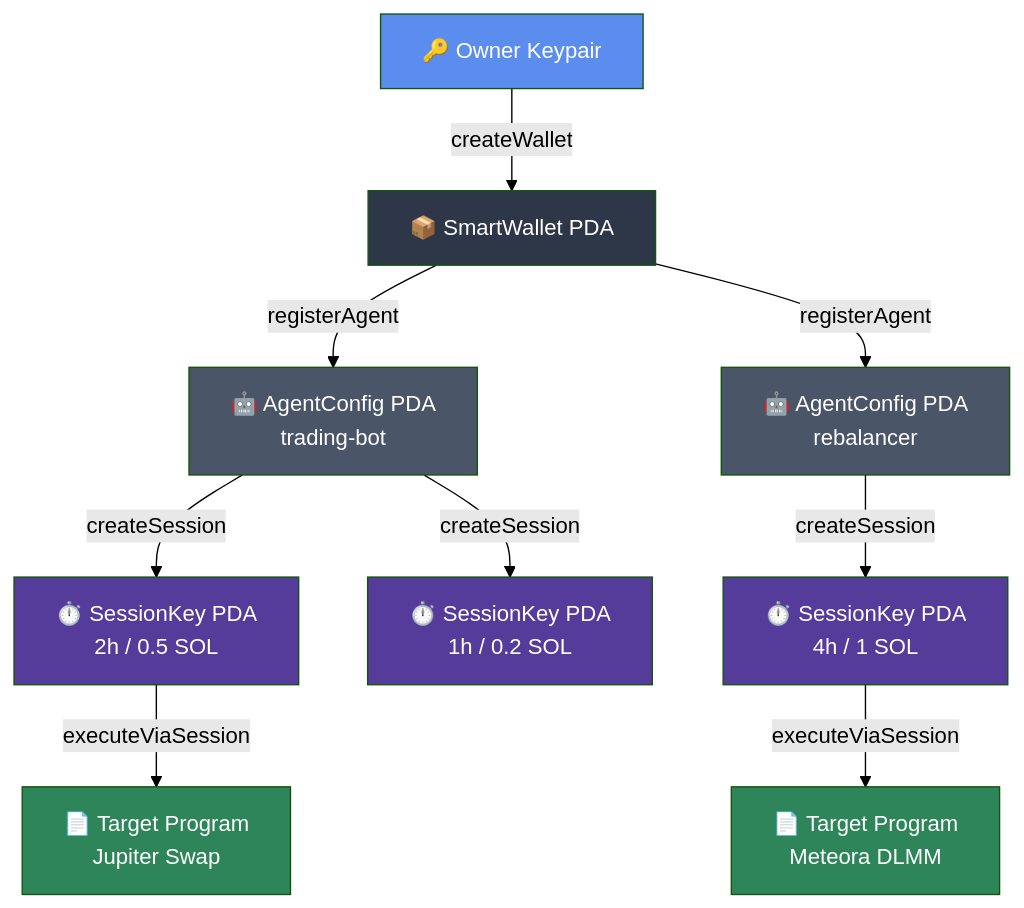
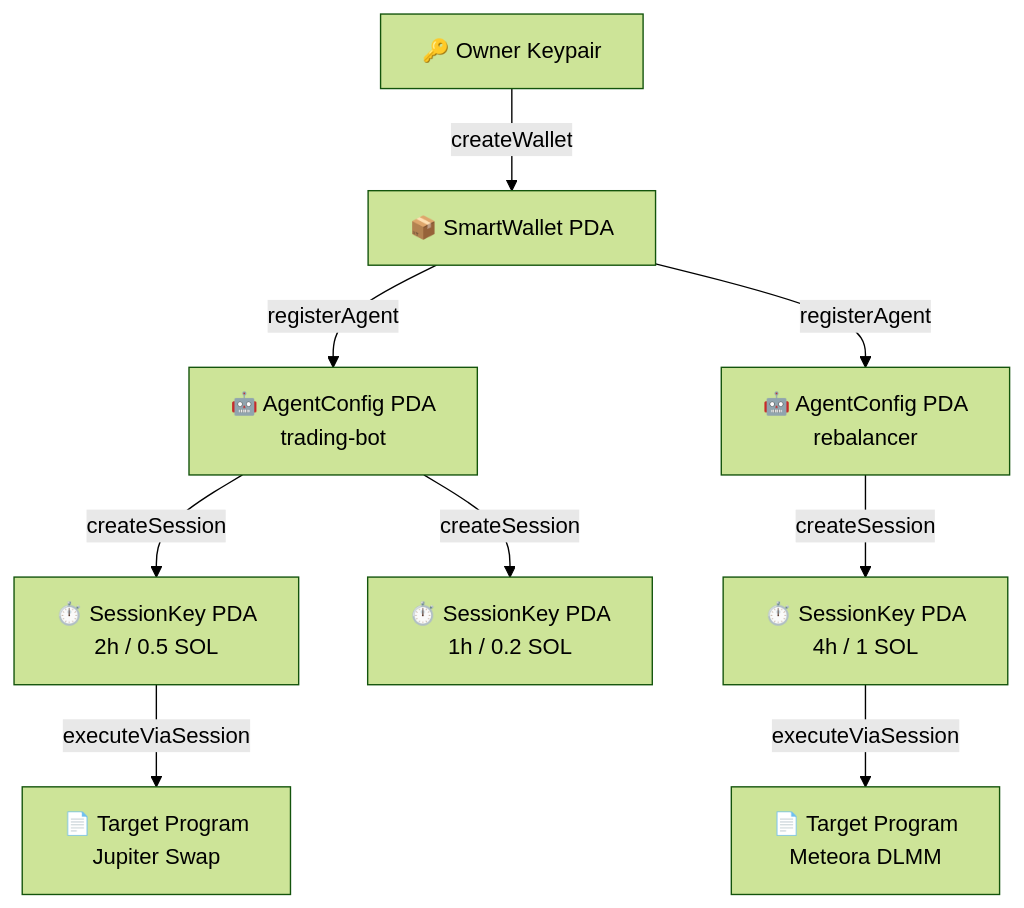
One commit to Immadominion/sentinel changed the first of 3 diagrams in docs/concepts/architecture.md. Above: the diagram before and after it, drawn with Mermaid (forest theme). The commit also changed other lines of this file and 14 other files, not shown here.

````diff
--- a/docs/concepts/architecture.md
+++ b/docs/concepts/architecture.md
@@ -7,21 +7,11 @@
 ```mermaid
 graph TD
     Owner[🔑 Owner Keypair] --> |createWallet| Wallet[📦 SmartWallet PDA]
     Wallet --> |registerAgent| Agent1[🤖 AgentConfig PDA<br/>trading-bot]
     Wallet --> |registerAgent| Agent2[🤖 AgentConfig PDA<br/>rebalancer]
     Agent1 --> |createSession| Session1[⏱️ SessionKey PDA<br/>2h / 0.5 SOL]
     Agent1 --> |createSession| Session2[⏱️ SessionKey PDA<br/>1h / 0.2 SOL]
     Agent2 --> |createSession| Session3[⏱️ SessionKey PDA<br/>4h / 1 SOL]
     Session1 --> |executeViaSession| Target1[📄 Target Program<br/>Jupiter Swap]
     Session3 --> |executeViaSession| Target2[📄 Target Program<br/>Meteora DLMM]
-
-    style Owner fill:#5b8def,color:#fff
-    style Wallet fill:#2d3748,color:#fff
-    style Agent1 fill:#4a5568,color:#fff
-    style Agent2 fill:#4a5568,color:#fff
-    style Session1 fill:#553c9a,color:#fff
-    style Session2 fill:#553c9a,color:#fff
-    style Session3 fill:#553c9a,color:#fff
-    style Target1 fill:#2f855a,color:#fff
-    style Target2 fill:#2f855a,color:#fff
 ```
````
